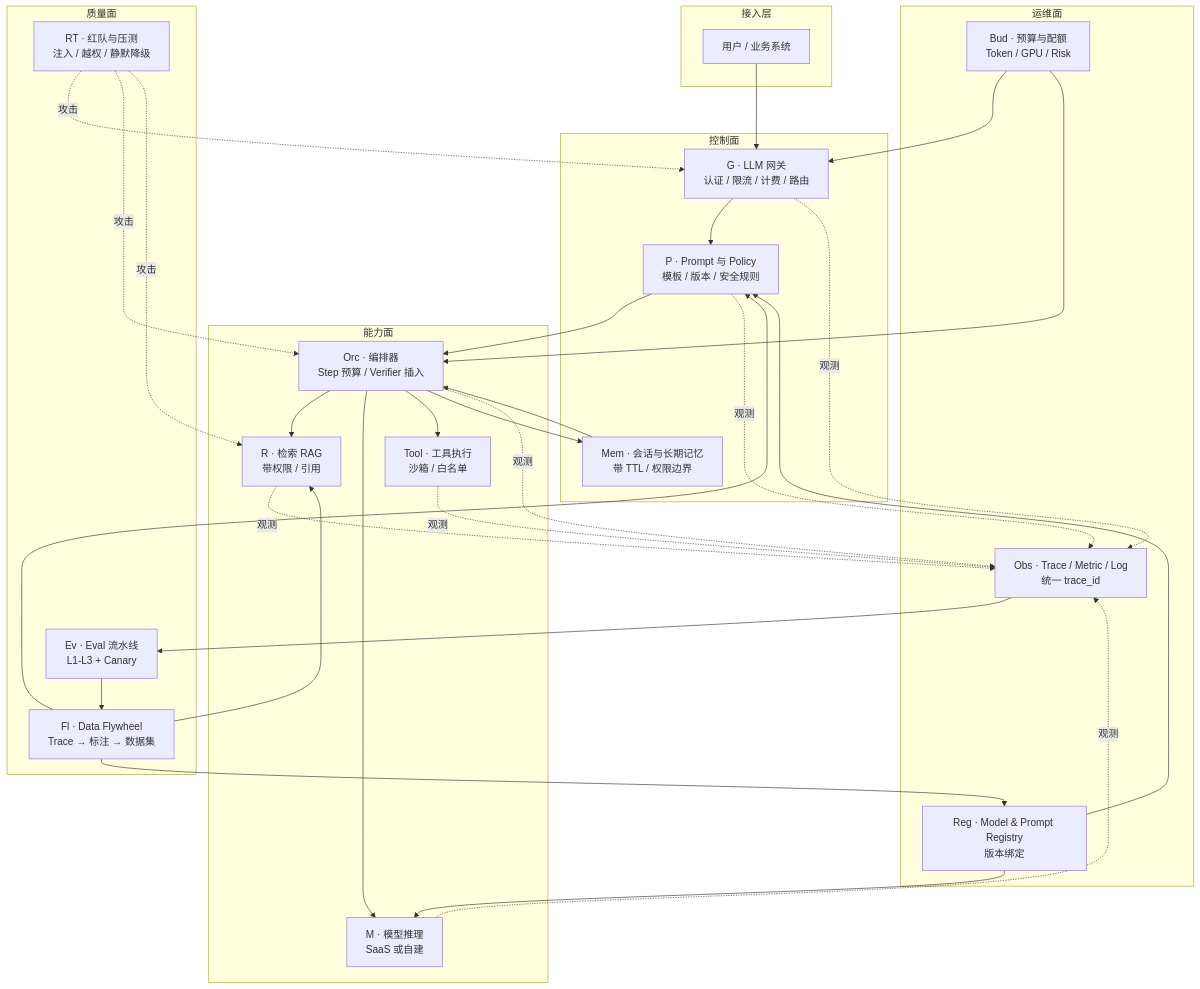
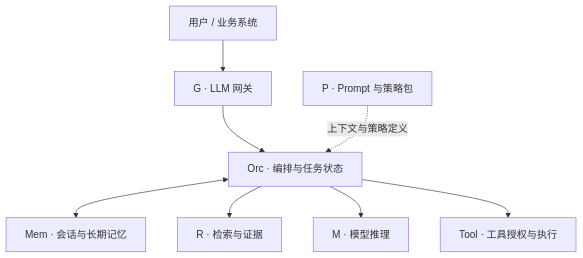
The first of 2 diagrams in 架构/01-AI系统参考架构.md (oh-my-vibe-coding/ai-reliability-architecture), drawn with Mermaid before and after one commit. The commit also changed other lines of this file and 67 other files, not shown here.

````diff
--- a/架构/01-AI系统参考架构.md
+++ b/架构/01-AI系统参考架构.md
@@ -31,62 +31,10 @@
 ```mermaid
 flowchart TB
-    subgraph Edge[接入层]
-        U[用户 / 业务系统]
-    end
-
-    subgraph Control[控制面]
-        G[G · LLM 网关<br/>认证 / 限流 / 计费 / 路由]
-        P[P · Prompt 与 Policy<br/>模板 / 版本 / 安全规则]
-        Mem[Mem · 会话与长期记忆<br/>带 TTL / 权限边界]
-    end
-
-    subgraph Brain[能力面]
-        Orc[Orc · 编排器<br/>Step 预算 / Verifier 插入]
-        M[M · 模型推理<br/>SaaS 或自建]
-        R[R · 检索 RAG<br/>带权限 / 引用]
-        Tool[Tool · 工具执行<br/>沙箱 / 白名单]
-    end
-
-    subgraph Quality[质量面]
-        Ev[Ev · Eval 流水线<br/>L1-L3 + Canary]
-        Fl[Fl · Data Flywheel<br/>Trace → 标注 → 数据集]
-        RT[RT · 红队与压测<br/>注入 / 越权 / 静默降级]
-    end
-
-    subgraph Ops[运维面]
-        Obs[Obs · Trace / Metric / Log<br/>统一 trace_id]
-        Reg[Reg · Model & Prompt Registry<br/>版本绑定]
-        Bud[Bud · 预算与配额<br/>Token / GPU / Risk]
-    end
-
-    U --> G
-    G --> P
-    P --> Orc
-    Orc --> R
-    Orc --> M
-    Orc --> Tool
-    Orc --> Mem
-    Mem --> Orc
-
-    G -.观测.-> Obs
-    P -.观测.-> Obs
-    Orc -.观测.-> Obs
-    M -.观测.-> Obs
-    R -.观测.-> Obs
-    Tool -.观测.-> Obs
-
-    Obs --> Ev
-    Ev --> Fl
-    Fl --> P
-    Fl --> R
-    Fl --> Reg
-
-    RT -.攻击.-> G
-    RT -.攻击.-> Orc
-    RT -.攻击.-> R
-
-    Reg --> M
-    Reg --> P
-    Bud --> G
-    Bud --> Orc
+    U[用户 / 业务系统] --> G[G · LLM 网关]
+    G --> Orc[Orc · 编排与任务状态]
+    P[P · Prompt 与策略包] -.上下文与策略定义.-> Orc
+    Orc <--> Mem[Mem · 会话与长期记忆]
+    Orc --> R[R · 检索与证据]
+    Orc --> M[M · 模型推理]
+    Orc --> Tool[Tool · 工具授权与执行]
 ```
````
